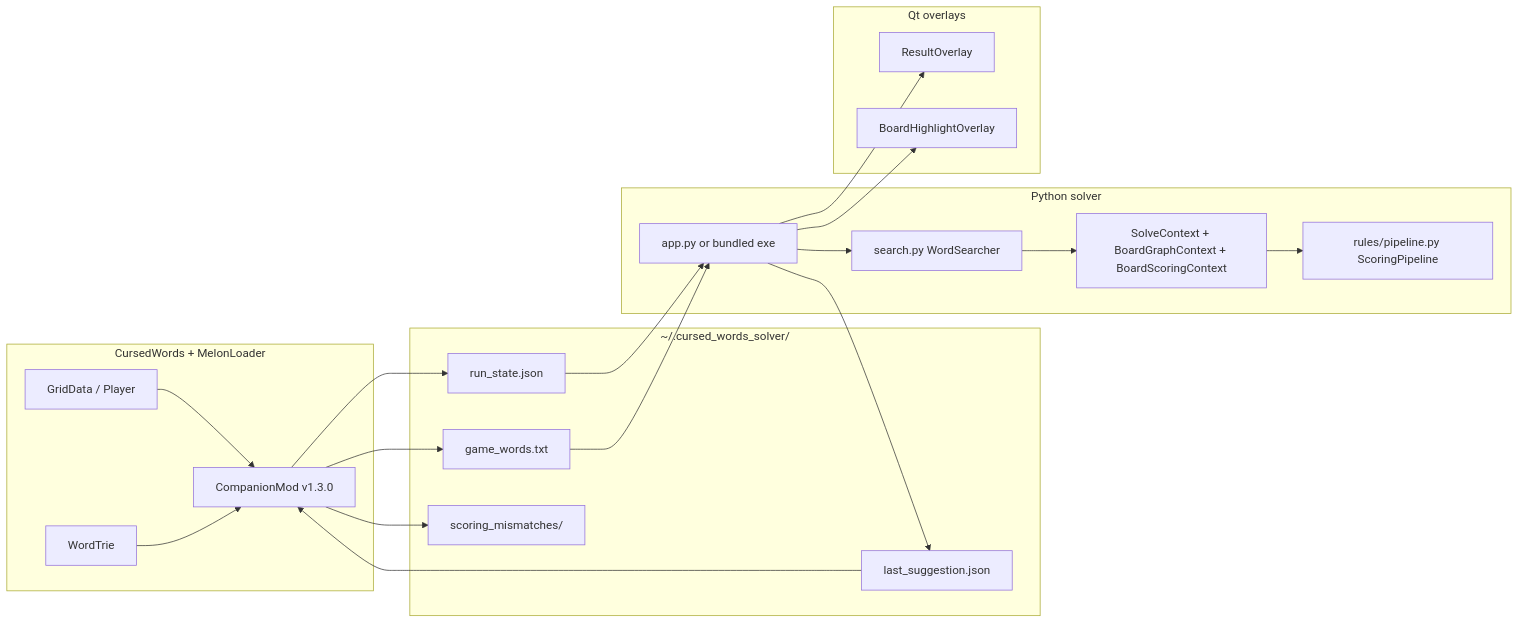
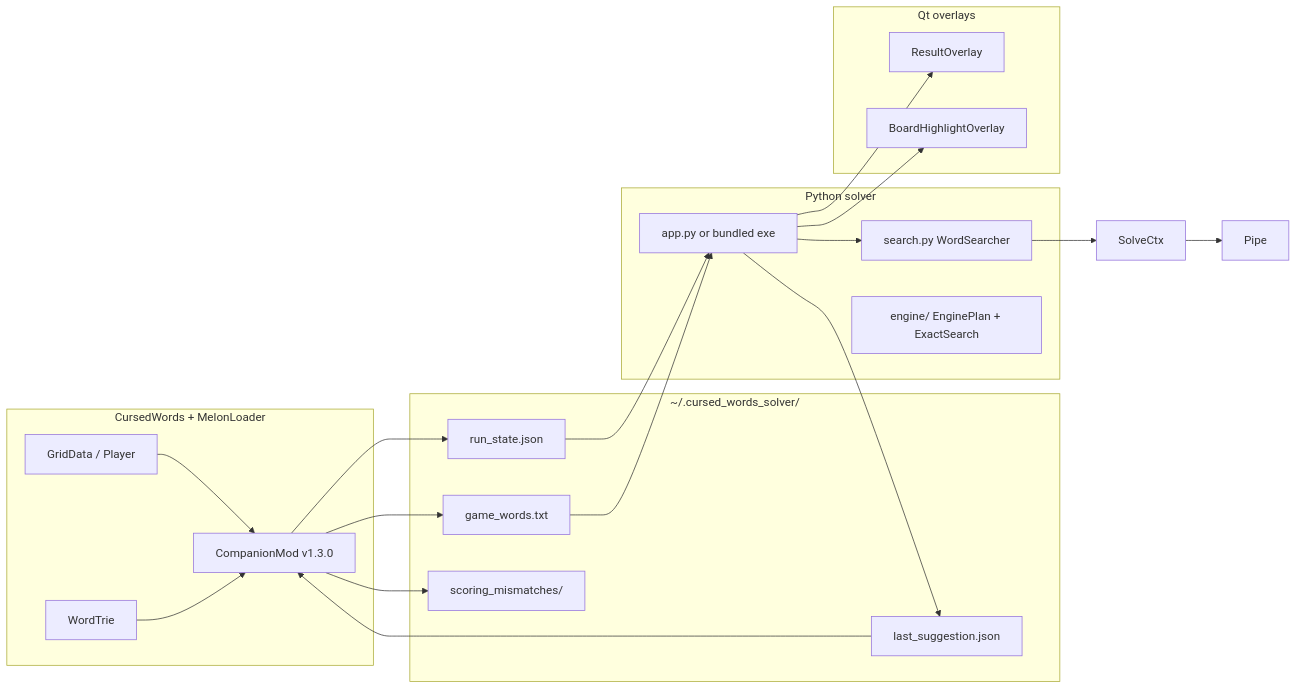
Before and after one commit to SleepyFinale/cursed-words-solver: the diagram in README.md, drawn with Mermaid. The commit also changed other lines of this file and 159 other files, not shown here.

First line of the commit message:
Refactor scoring and search mechanisms for improved accuracy

````diff
--- a/README.md
+++ b/README.md
@@ -75,38 +75,37 @@
 ```mermaid
 flowchart LR
   subgraph game [CursedWords + MelonLoader]
     GridData[GridData / Player]
     WordTrie[WordTrie]
     Companion[CompanionMod v1.3.0]
   end
   subgraph files ["~/.cursed_words_solver/"]
     RS[run_state.json]
     GW[game_words.txt]
     LS[last_suggestion.json]
     MM[scoring_mismatches/]
   end
   subgraph solver [Python solver]
     App["app.py or bundled exe"]
     Search[search.py WordSearcher]
-    SolveCtx[SolveContext + BoardGraphContext + BoardScoringContext]
-    Pipe[rules/pipeline.py ScoringPipeline]
+    Engine[engine/ EnginePlan + ExactSearch]
   end
   subgraph ui [Qt overlays]
     Overlay[ResultOverlay]
     Highlight[BoardHighlightOverlay]
   end
   GridData --> Companion
   WordTrie --> Companion
   Companion --> RS
   Companion --> GW
   RS --> App
   GW --> App
   App --> Search
   Search --> SolveCtx
   SolveCtx --> Pipe
   App --> LS
   LS --> Companion
   Companion --> MM
   App --> Overlay
   App --> Highlight
 ```
````
